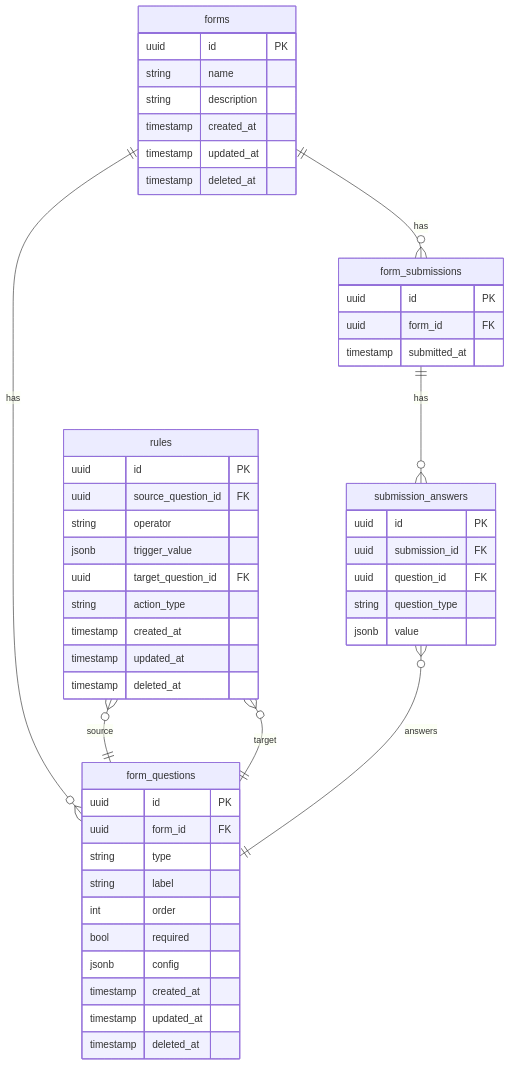
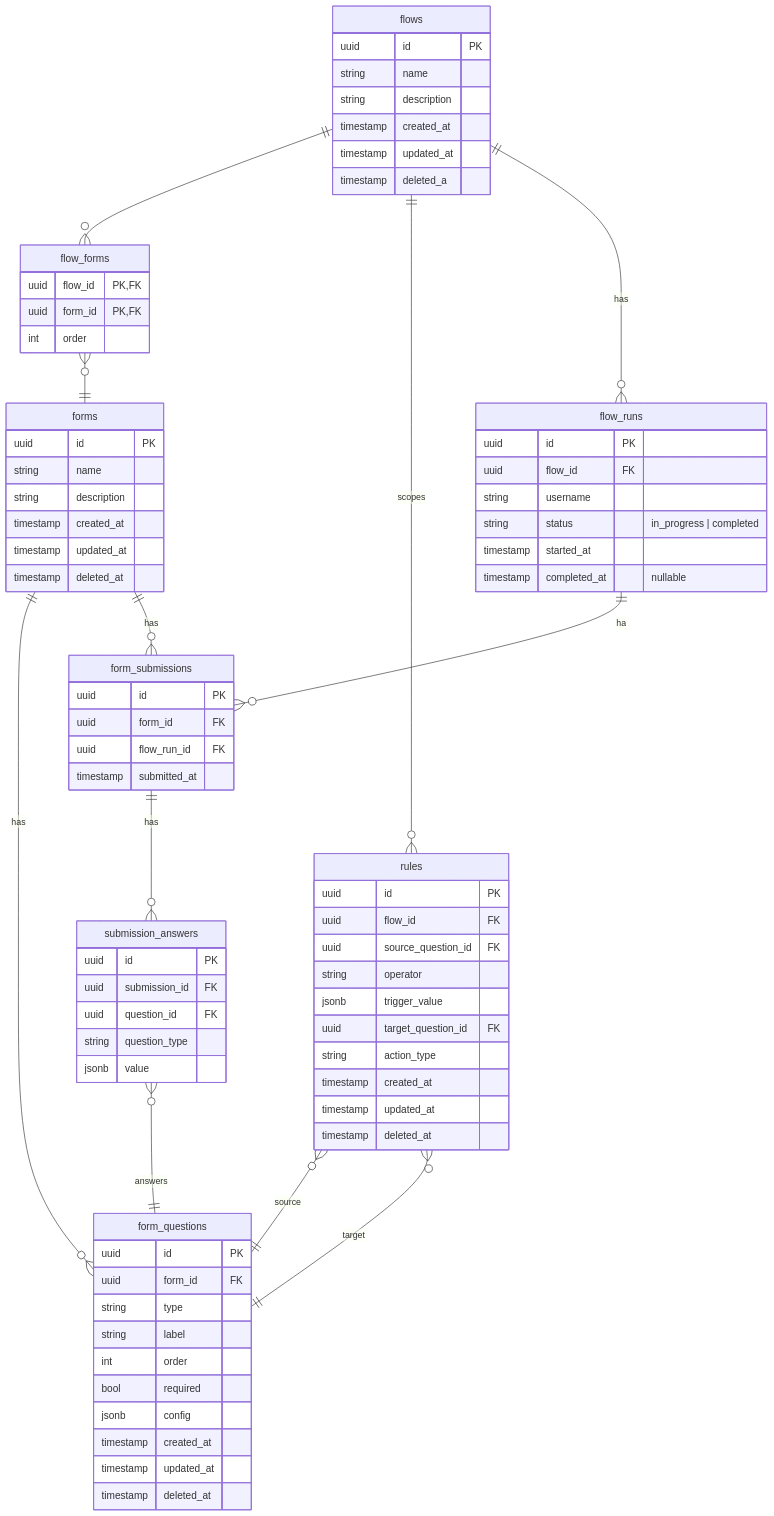
The diagram in docs/data-model.mmd (dsvetoslavov/dynamic-forms), drawn with Mermaid before and after one commit. The commit also changed 1 other file, not shown here.

```diff
--- a/docs/data-model.mmd
+++ b/docs/data-model.mmd
@@ -1,59 +1,96 @@
 erDiagram
+    flows ||--o{ flow_forms : ""
+    flows ||--o{ rules : "scopes"
+    flows ||--o{ flow_runs : "has"
+
+    flow_forms }o--|| forms: ""
+
     forms ||--o{ form_questions : "has"
 
     rules }o--|| form_questions : "source"
     rules }o--|| form_questions : "target"
 
+    flow_runs ||--o{ form_submissions : "ha"
+
     forms ||--o{ form_submissions : "has"
+
     form_submissions ||--o{ submission_answers : "has"
 
     submission_answers }o--|| form_questions: "answers"
     
     
     forms {
         uuid id PK
         string name
         string description
         timestamp created_at
         timestamp updated_at
         timestamp deleted_at
     }
 
     form_questions {
         uuid id PK
         uuid form_id FK
         string type
         string label
         int order
         bool required
         jsonb config
         timestamp created_at
         timestamp updated_at
         timestamp deleted_at
     }
 
     rules {
         uuid id PK
+        uuid flow_id FK
         uuid source_question_id FK
         string operator
         jsonb trigger_value
         uuid target_question_id FK
         string action_type
         timestamp created_at
         timestamp updated_at
         timestamp deleted_at
     }
 
+    flow_runs {
+        uuid id PK
+        uuid flow_id FK
+        string username
+        string status "in_progress | completed"
+        timestamp started_at
+        timestamp completed_at "nullable"
+    }
+
     form_submissions {
         uuid id PK
         uuid form_id FK
+        uuid flow_run_id FK
         timestamp submitted_at
     }
 
     submission_answers {
         uuid id PK
         uuid submission_id FK
         uuid question_id FK
         string question_type
         jsonb value
     }
+
+
+    flow_forms {
+        uuid flow_id PK, FK
+        uuid form_id PK, FK
+        int order
+    }
+
+
+    flows {
+        uuid id PK
+        string name
+        string description
+        timestamp created_at
+        timestamp updated_at
+        timestamp deleted_a
+    }
```
